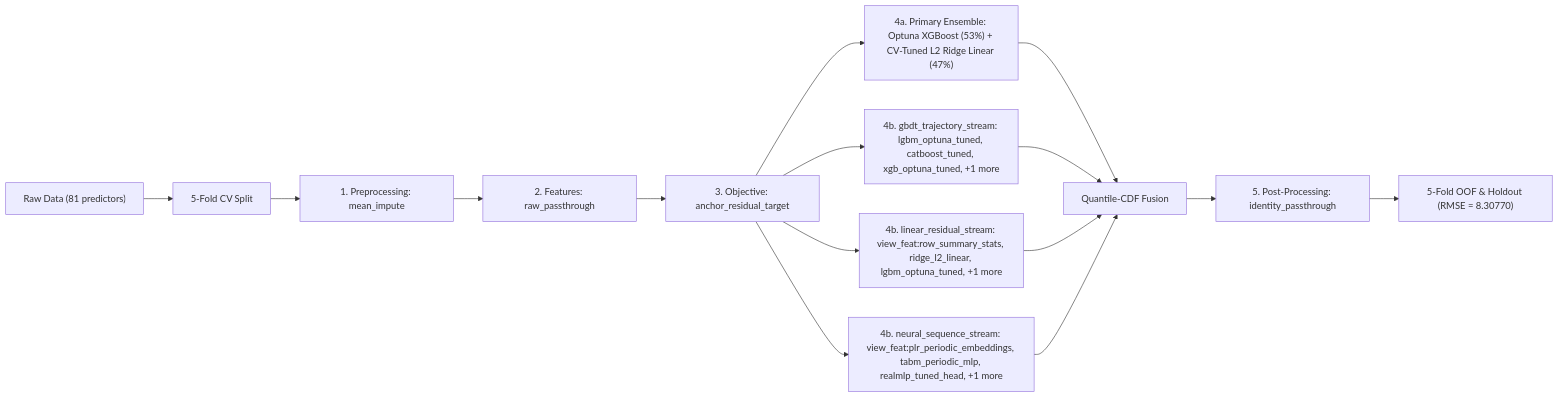
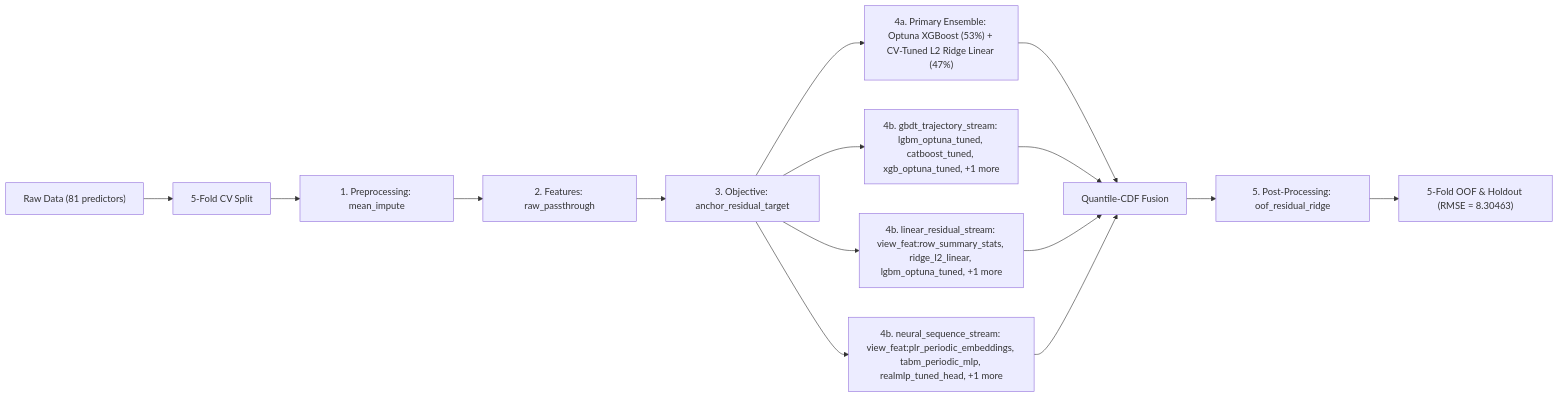
Before and after one commit to stefanoclss/ROGII-Wellbore-Geology-Prediction: the diagram in README.md, drawn with Mermaid. The commit also changed other lines of this file, not shown here.

First line of the commit message:
docs(readme): refresh verified OOF benchmark & build ledger (RMSE=8.30463)

````diff
--- a/README.md
+++ b/README.md
@@ -75,17 +76,17 @@
 ```mermaid
 flowchart LR
     DATA["Raw Data (81 predictors)"] --> SPLIT["5-Fold CV Split"]
     SPLIT --> PRE["1. Preprocessing: mean_impute"]
     PRE --> FEAT["2. Features: raw_passthrough"]
     FEAT --> OBJ["3. Objective: anchor_residual_target"]
     OBJ --> M0["4a. Primary Ensemble: Optuna XGBoost (53%) + CV-Tuned L2 Ridge Linear (47%)"]
     M0 --> FUSE["Quantile-CDF Fusion"]
     OBJ --> S1["4b. gbdt_trajectory_stream: lgbm_optuna_tuned, catboost_tuned, xgb_optuna_tuned, +1 more"]
     S1 --> FUSE
     OBJ --> S2["4b. linear_residual_stream: view_feat:row_summary_stats, ridge_l2_linear, lgbm_optuna_tuned, +1 more"]
     S2 --> FUSE
     OBJ --> S3["4b. neural_sequence_stream: view_feat:plr_periodic_embeddings, tabm_periodic_mlp, realmlp_tuned_head, +1 more"]
     S3 --> FUSE
-    FUSE --> POST["5. Post-Processing: identity_passthrough"]
-    POST --> OUT["5-Fold OOF & Holdout (RMSE = 8.30770)"]
+    FUSE --> POST["5. Post-Processing: oof_residual_ridge"]
+    POST --> OUT["5-Fold OOF & Holdout (RMSE = 8.30463)"]
 ```
````
